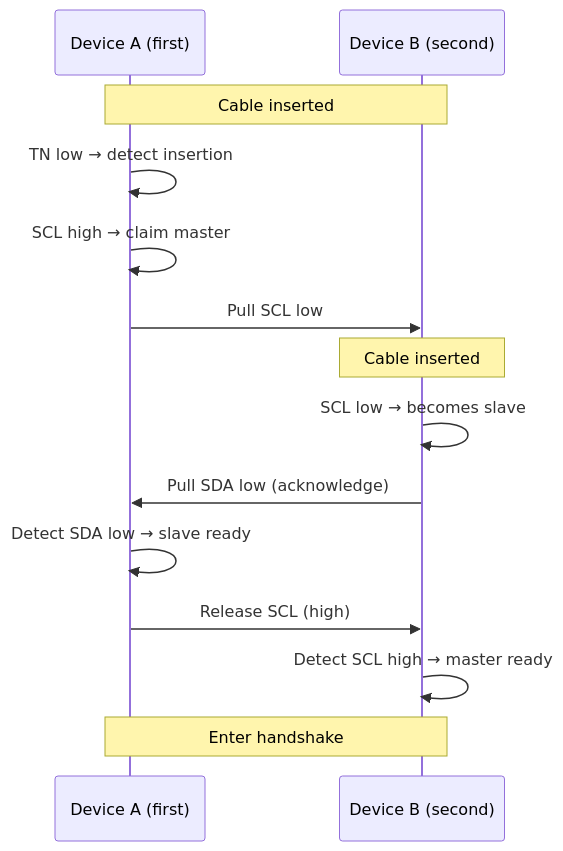
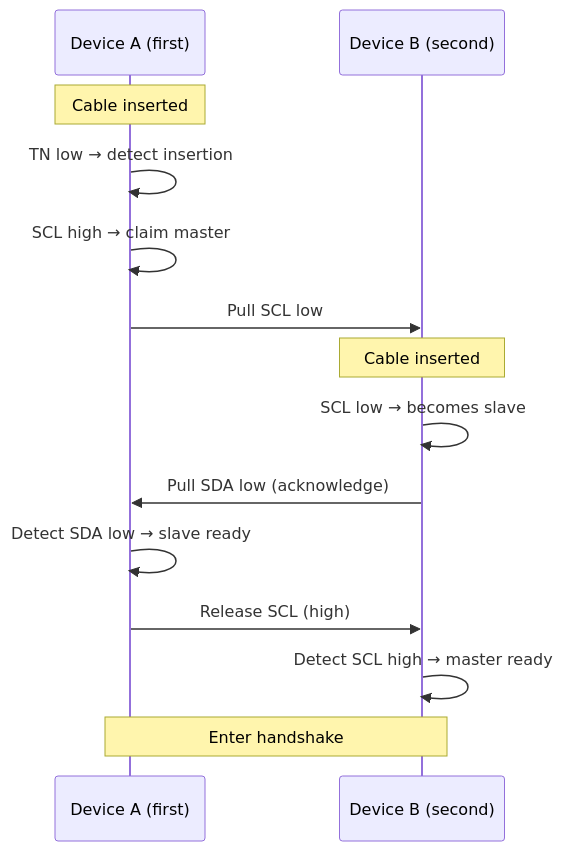
Before and after one commit to hdkghc/calculator: the fourth of 6 diagrams in docs/i2c_commu_en.md, drawn with Mermaid. The commit also changed other lines of this file and 1 other file, not shown here.

Commit message:
fix doc 	modified:   docs/i2c_commu_en.md 	modified:   docs/i2c_commu_zh.md

````diff
--- a/docs/i2c_commu_en.md
+++ b/docs/i2c_commu_en.md
@@ -573,17 +573,17 @@
 ```mermaid
 sequenceDiagram
     participant A as Device A (first)
     participant B as Device B (second)
 
-    Note over A,B: Cable inserted
+    Note over A: Cable inserted
     A->>A: TN low → detect insertion
     A->>A: SCL high → claim master
     A->>B: Pull SCL low
     Note over B: Cable inserted
     B->>B: SCL low → becomes slave
     B->>A: Pull SDA low (acknowledge)
     A->>A: Detect SDA low → slave ready
     A->>B: Release SCL (high)
     B->>B: Detect SCL high → master ready
     Note over A,B: Enter handshake
 ```
````
